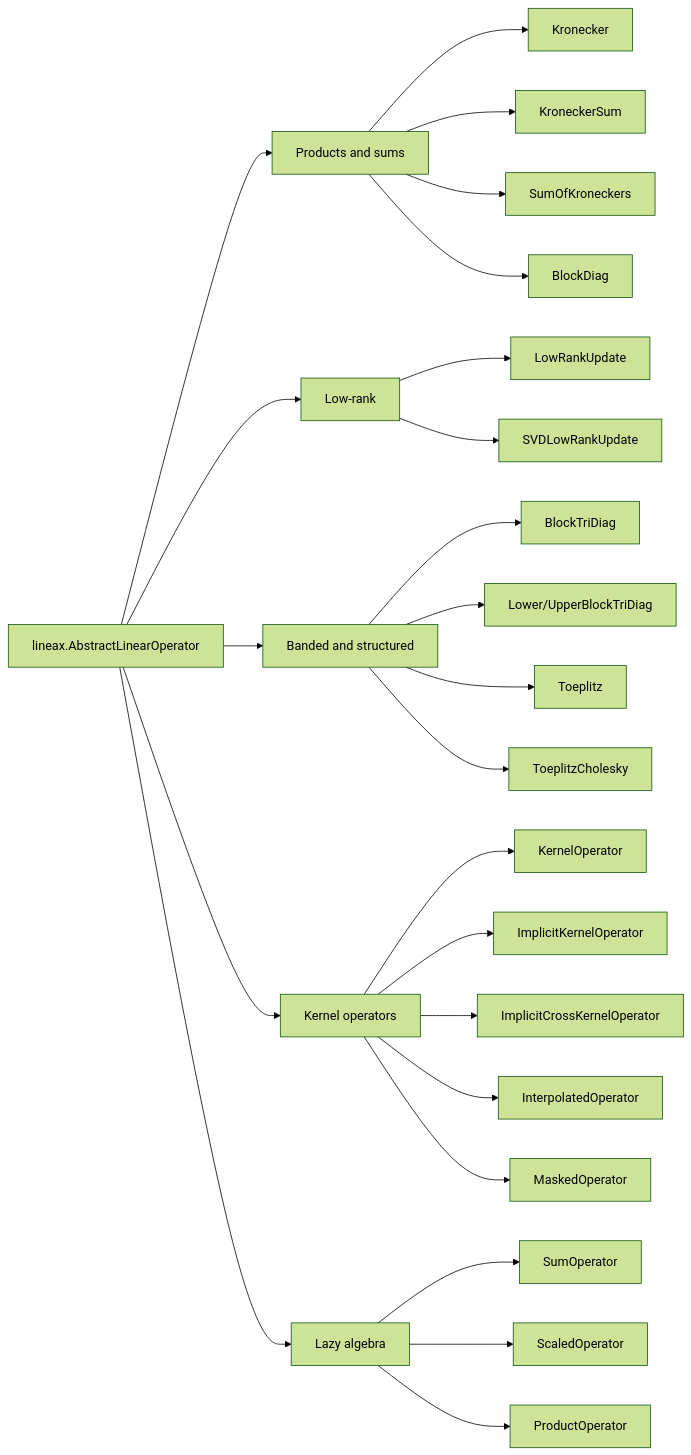
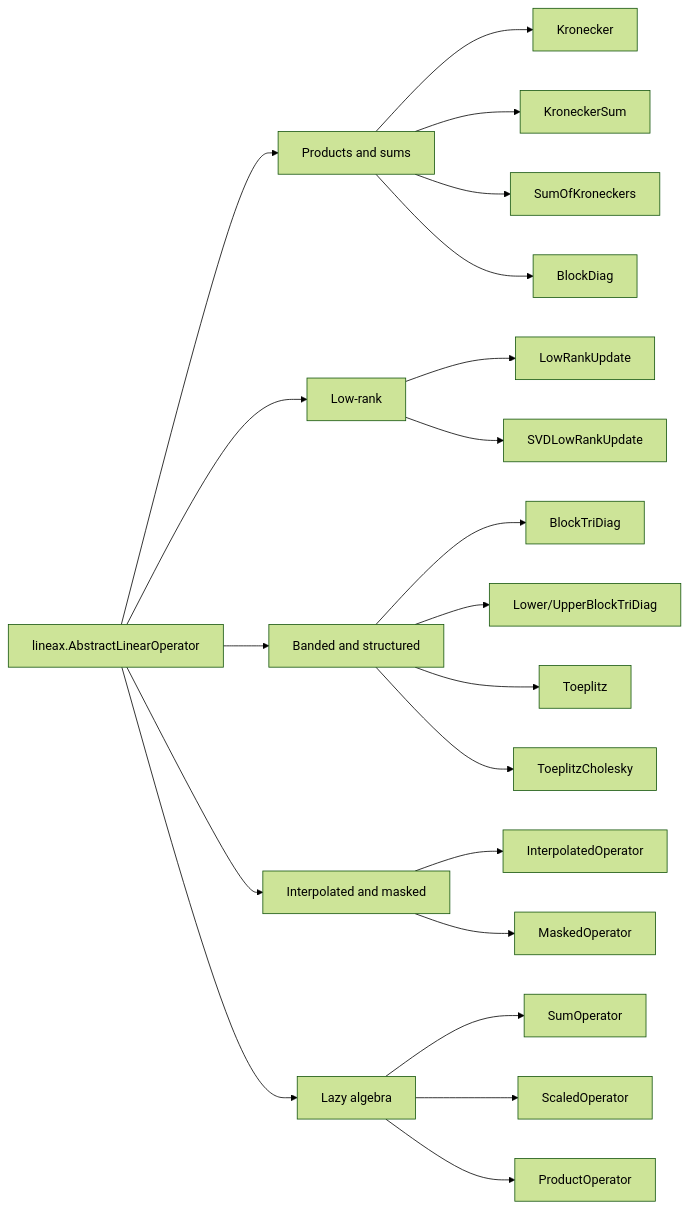
The third of 7 diagrams in docs/architecture.md (jejjohnson/gaussx), drawn with Mermaid (forest theme) before and after one commit. The commit also changed other lines of this file and 41 other files, not shown here.

````diff
--- a/docs/architecture.md
+++ b/docs/architecture.md
@@ -164,33 +163,30 @@
 ```mermaid
 flowchart LR
     ALO["lineax.AbstractLinearOperator"]
 
     ALO --> P["Products and sums"]
     ALO --> LRK["Low-rank"]
     ALO --> B["Banded and structured"]
-    ALO --> K["Kernel operators"]
+    ALO --> K["Interpolated and masked"]
     ALO --> LZ["Lazy algebra"]
 
     P --> P1["Kronecker"]
     P --> P2["KroneckerSum"]
     P --> P3["SumOfKroneckers"]
     P --> P4["BlockDiag"]
 
     LRK --> L1["LowRankUpdate"]
     LRK --> L2["SVDLowRankUpdate"]
 
     B --> B1["BlockTriDiag"]
     B --> B2["Lower/UpperBlockTriDiag"]
     B --> B3["Toeplitz"]
     B --> B4["ToeplitzCholesky"]
 
-    K --> K1["KernelOperator"]
-    K --> K2["ImplicitKernelOperator"]
-    K --> K3["ImplicitCrossKernelOperator"]
-    K --> K4["InterpolatedOperator"]
-    K --> K5["MaskedOperator"]
+    K --> K1["InterpolatedOperator"]
+    K --> K2["MaskedOperator"]
 
     LZ --> Z1["SumOperator"]
     LZ --> Z2["ScaledOperator"]
     LZ --> Z3["ProductOperator"]
 ```
````
